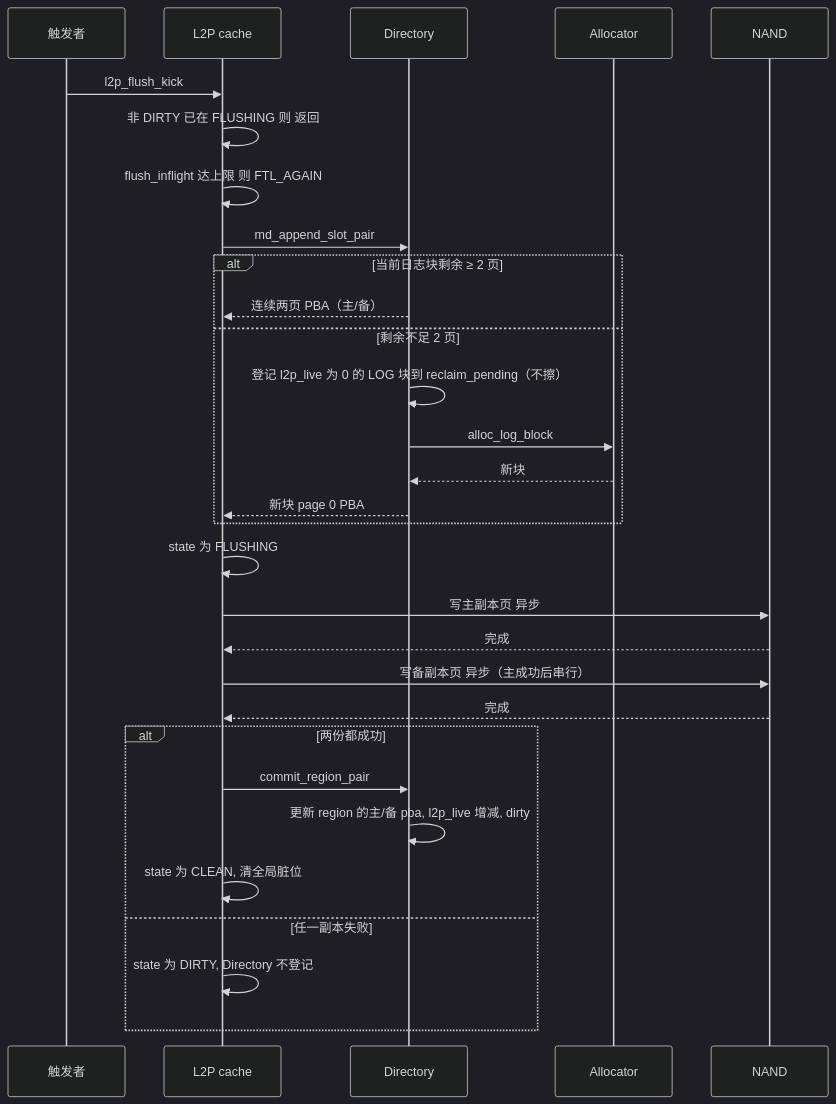
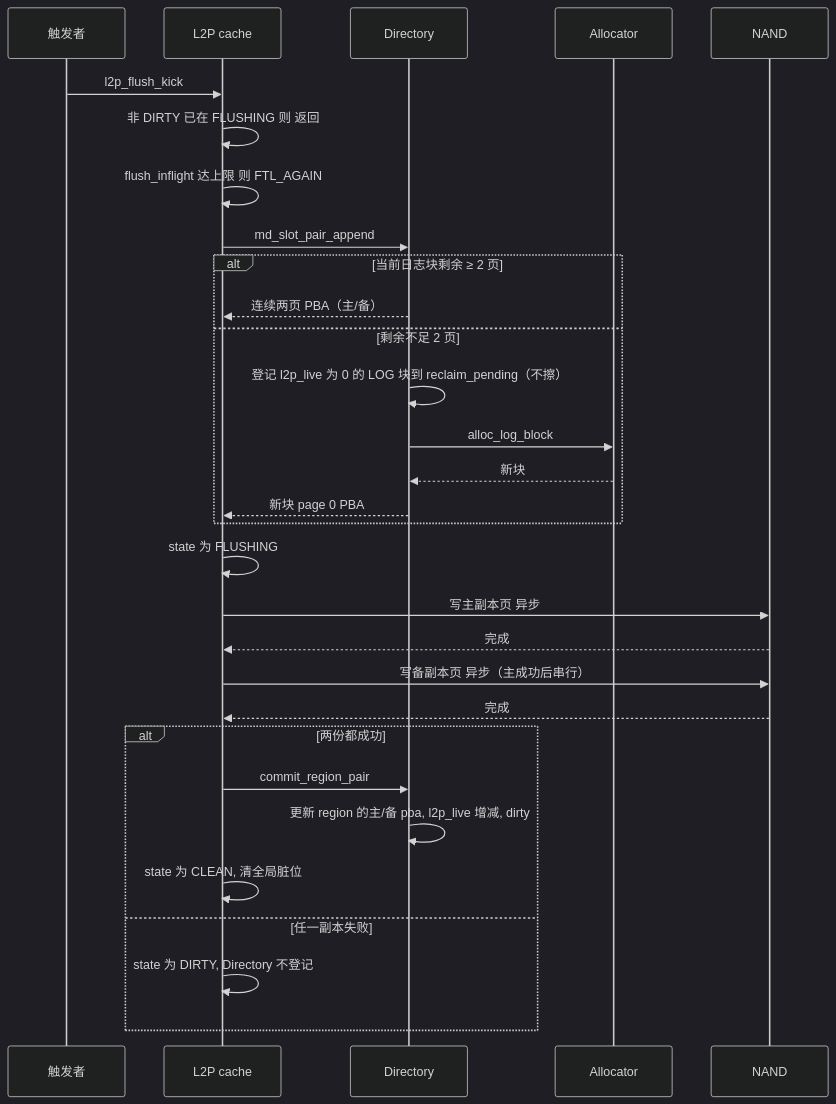
Before and after one commit to YzYMIAO/BASESSD: diagram 28 of 32 in docs/design/ftl_design.md, drawn with Mermaid (dark theme). The commit also changed other lines of this file and 13 other files, not shown here.

````diff
--- a/docs/design/ftl_design.md
+++ b/docs/design/ftl_design.md
@@ -3997,33 +3997,33 @@
 ```mermaid
 sequenceDiagram
     participant S as 触发者
     participant C as L2P cache
     participant D as Directory
     participant A as Allocator
     participant N as NAND
 
     S->>C: l2p_flush_kick
     C->>C: 非 DIRTY 已在 FLUSHING 则 返回
     C->>C: flush_inflight 达上限 则 FTL_AGAIN
-    C->>D: md_append_slot_pair
+    C->>D: md_slot_pair_append
     alt 当前日志块剩余 ≥ 2 页
         D-->>C: 连续两页 PBA（主/备）
     else 剩余不足 2 页
         D->>D: 登记 l2p_live 为 0 的 LOG 块到 reclaim_pending（不擦）
         D->>A: alloc_log_block
         A-->>D: 新块
         D-->>C: 新块 page 0 PBA
     end
     C->>C: state 为 FLUSHING
     C->>N: 写主副本页 异步
     N-->>C: 完成
     C->>N: 写备副本页 异步（主成功后串行）
     N-->>C: 完成
     alt 两份都成功
         C->>D: commit_region_pair
         D->>D: 更新 region 的主/备 pba, l2p_live 增减, dirty
         C->>C: state 为 CLEAN, 清全局脏位
     else 任一副本失败
         C->>C: state 为 DIRTY, Directory 不登记
     end
 ```
````
